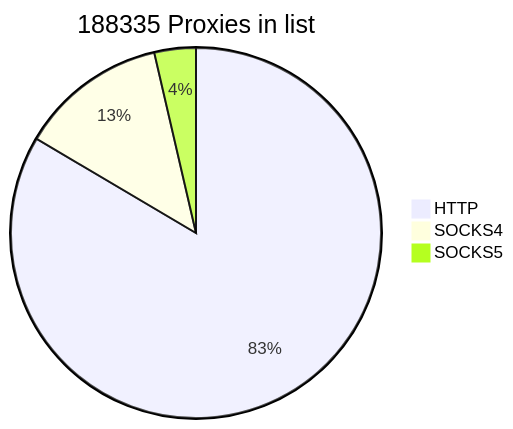
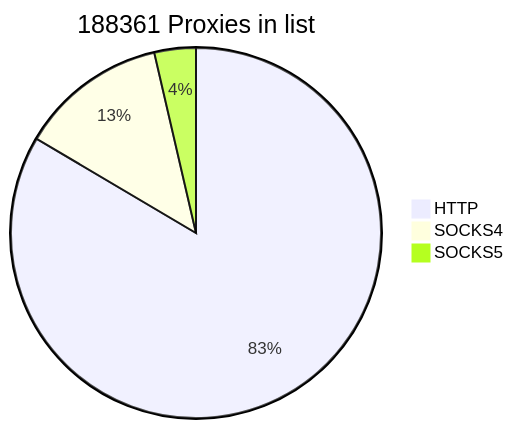
One commit to cutipu/proxylist changed the first of 2 diagrams in README.md. Above: the diagram before and after it, drawn with Mermaid. The commit also changed other lines of this file, not shown here.

````diff
--- a/README.md
+++ b/README.md
@@ -2,7 +2,7 @@
 ```mermaid
-pie title 188335 Proxies in list
-    "HTTP" : 157248
-    "SOCKS4" : 24266
+pie title 188361 Proxies in list
+    "HTTP" : 157273
+    "SOCKS4" : 24267
     "SOCKS5" : 6821
             
 ```
````
